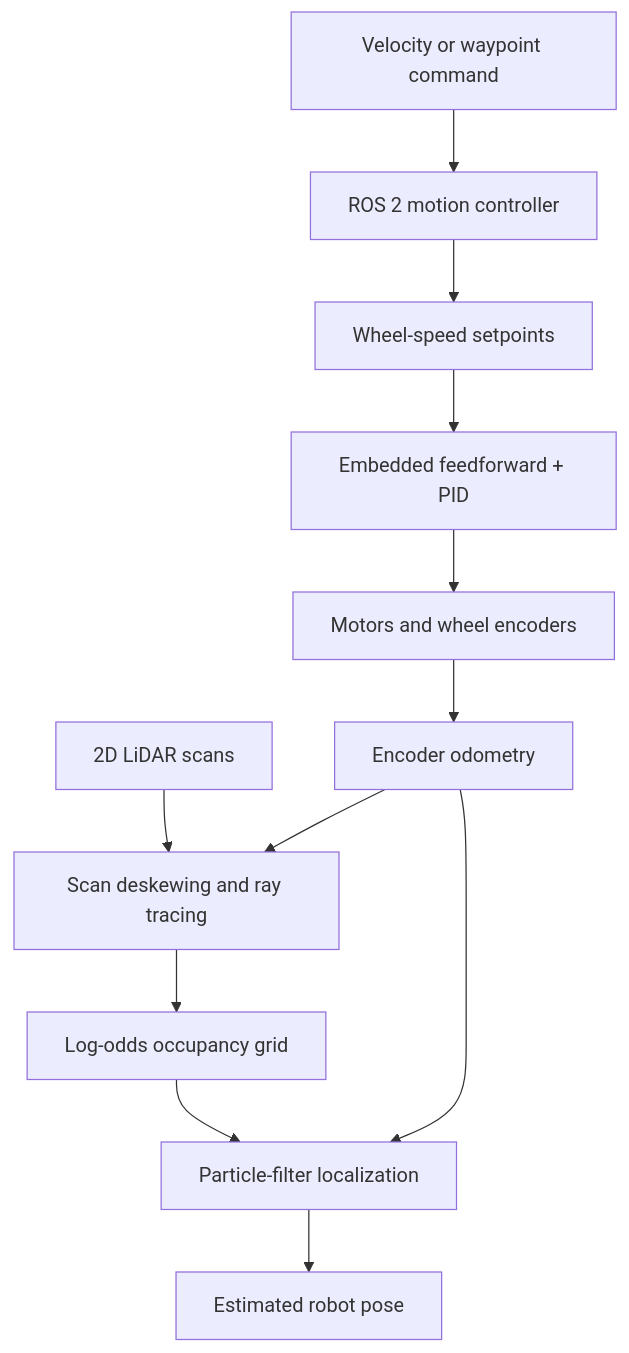
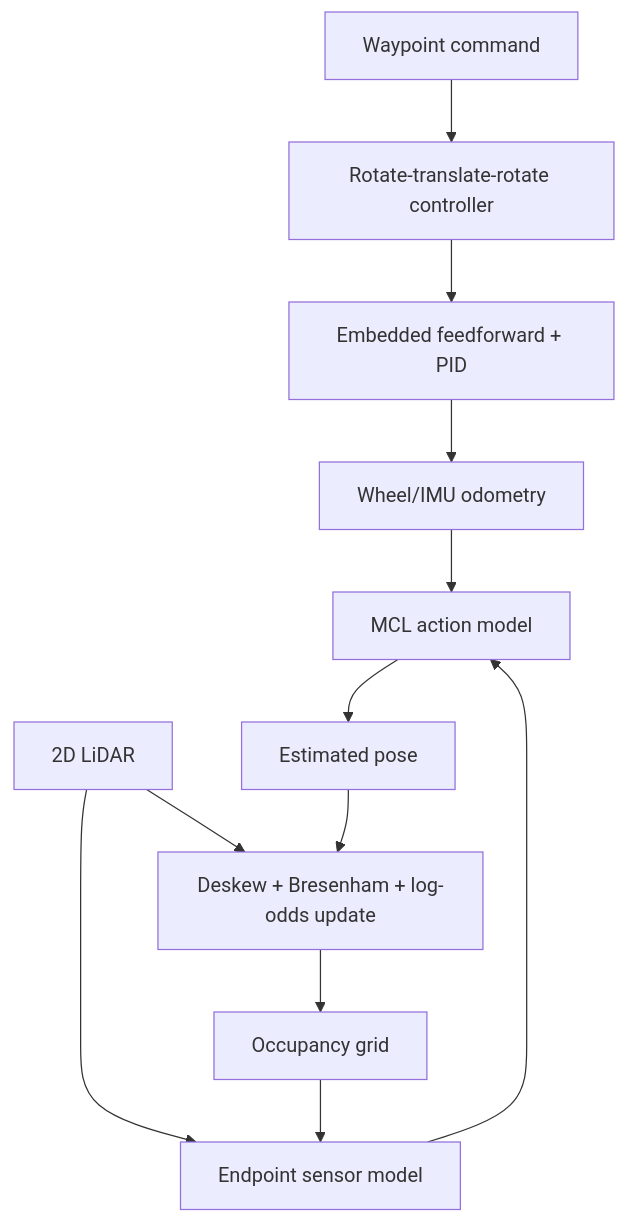
The diagram in docs/system-architecture.md (anuj519/mbot-autonomous-navigation), drawn with Mermaid before and after one commit. The commit also changed other lines of this file and 13 other files, not shown here.

````diff
--- a/docs/system-architecture.md
+++ b/docs/system-architecture.md
@@ -15,14 +15,14 @@
 ```mermaid
 flowchart TD
-    A["Velocity or waypoint command"] --> B["ROS 2 motion controller"]
-    B --> C["Wheel-speed setpoints"]
-    C --> D["Embedded feedforward + PID"]
-    D --> E["Motors and wheel encoders"]
-    E --> F["Encoder odometry"]
-    G["2D LiDAR scans"] --> H["Scan deskewing and ray tracing"]
-    F --> H
-    H --> I["Log-odds occupancy grid"]
-    I --> J["Particle-filter localization"]
-    F --> J
-    J --> K["Estimated robot pose"]
+    W["Waypoint command"] --> C["Rotate-translate-rotate controller"]
+    C --> E["Embedded feedforward + PID"]
+    E --> O["Wheel/IMU odometry"]
+    O --> P["MCL action model"]
+    L["2D LiDAR"] --> S["Endpoint sensor model"]
+    S --> P
+    P --> X["Estimated pose"]
+    X --> M["Deskew + Bresenham + log-odds update"]
+    L --> M
+    M --> G["Occupancy grid"]
+    G --> S
 ```
````
